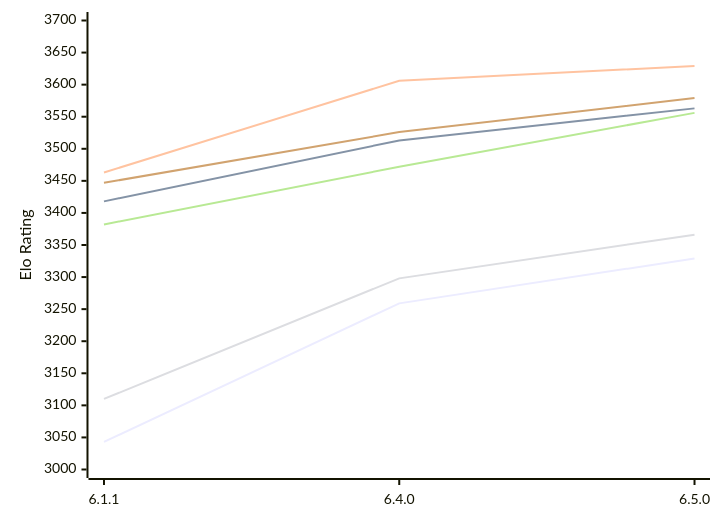
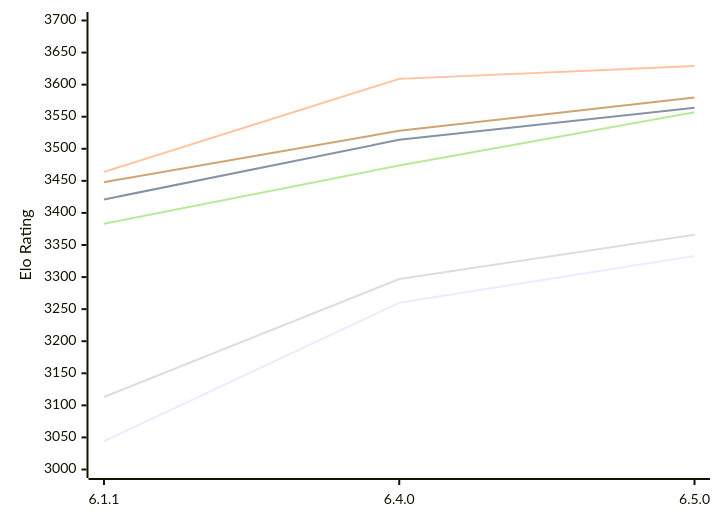
One commit to computer-chess-index/cci changed the first of 2 diagrams in engines/Zigqueen.md. Above: the diagram before and after it, drawn with Mermaid. The commit also changed other lines of this file, not shown here.

Commit message:
Update CCI Ratings (ELO VLTC) - 2026-11-17

````diff
--- a/engines/Zigqueen.md
+++ b/engines/Zigqueen.md
@@ -55,12 +55,12 @@
 ```mermaid
 %%{init: {"theme":"base","themeVariables":{"seriesColors:['#a3a3a3','#222221','#faa371']}}}%%
 xychart-beta
   x-axis ["6.1.1", "6.4.0", "6.5.0"]
   y-axis "Elo Rating" 3000 --> 3700
-  line "E1: STC (8.0+0.08s)" [3043, 3259, 3329]
-  line "E1: LTC (60.0+0.60s)" [3418, 3513, 3563]
-  line "E1: VLTC (2m24s+1.12s)" [3463, 3606, 3629]
-  line "P1: STC (8.0+0.08s)" [3110, 3298, 3366]
-  line "P1: LTC (60.0+0.60s)" [3382, 3472, 3556]
-  line "P1: VLTC (2m24s+1.12s)" [3447, 3526, 3579]
+  line "E1: STC (8.0+0.08s)" [3044, 3260, 3333]
+  line "E1: LTC (60.0+0.60s)" [3421, 3514, 3564]
+  line "E1: VLTC (2m24s+1.12s)" [3464, 3609, 3629]
+  line "P1: STC (8.0+0.08s)" [3113, 3297, 3366]
+  line "P1: LTC (60.0+0.60s)" [3383, 3474, 3557]
+  line "P1: VLTC (2m24s+1.12s)" [3448, 3528, 3580]
 ```
````
